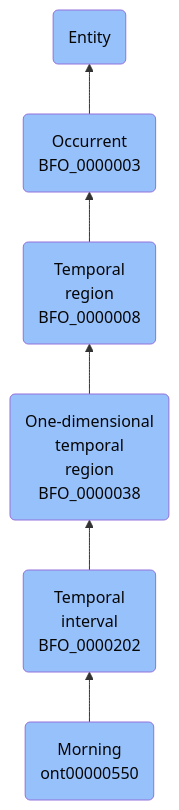
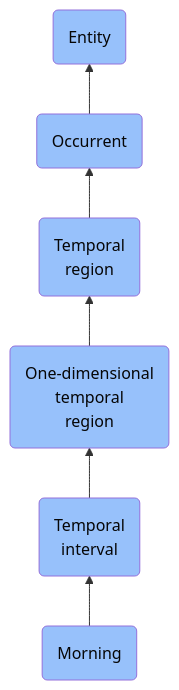
The diagram in docs/ontology/reference/model/Entity/Occurrent/Temporal region/One-dimensional temporal region/Temporal interval/Morning/Morning.md (jupyter-naas/abi), drawn with Mermaid before and after one commit. The commit also changed other lines of this file and 1430 other files, not shown here.

````diff
--- a/docs/ontology/reference/model/Entity/Occurrent/Temporal region/One-dimensional temporal region/Temporal interval/Morning/Morning.md
+++ b/docs/ontology/reference/model/Entity/Occurrent/Temporal region/One-dimensional temporal region/Temporal interval/Morning/Morning.md
@@ -24,13 +24,13 @@
 ```mermaid
 graph BT
-    ont00000550(Morning<br>ont00000550):::BFO-->BFO_0000202
-    BFO_0000202(Temporal<br>interval<br>BFO_0000202):::BFO-->BFO_0000038
-    BFO_0000038(One-dimensional<br>temporal<br>region<br>BFO_0000038):::BFO-->BFO_0000008
-    BFO_0000008(Temporal<br>region<br>BFO_0000008):::BFO-->BFO_0000003
-    BFO_0000003(Occurrent<br>BFO_0000003):::BFO-->BFO_0000001
+    ont00000550(Morning):::BFO-->BFO_0000202
+    BFO_0000202(Temporal<br>interval):::BFO-->BFO_0000038
+    BFO_0000038(One-dimensional<br>temporal<br>region):::BFO-->BFO_0000008
+    BFO_0000008(Temporal<br>region):::BFO-->BFO_0000003
+    BFO_0000003(Occurrent):::BFO-->BFO_0000001
     BFO_0000001(Entity):::BFO
     
     classDef BFO fill:#97c1fb,color:#060606
     classDef CCO fill:#e4c51e,color:#060606
     classDef ABI fill:#48DD82,color:#060606
 ```
````
